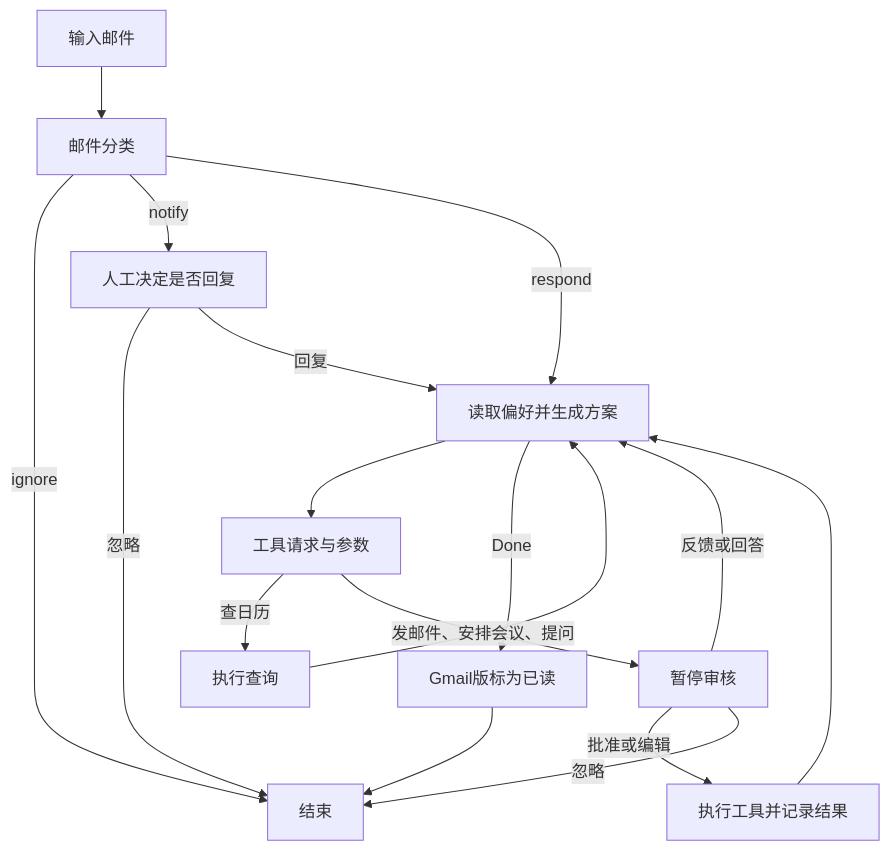
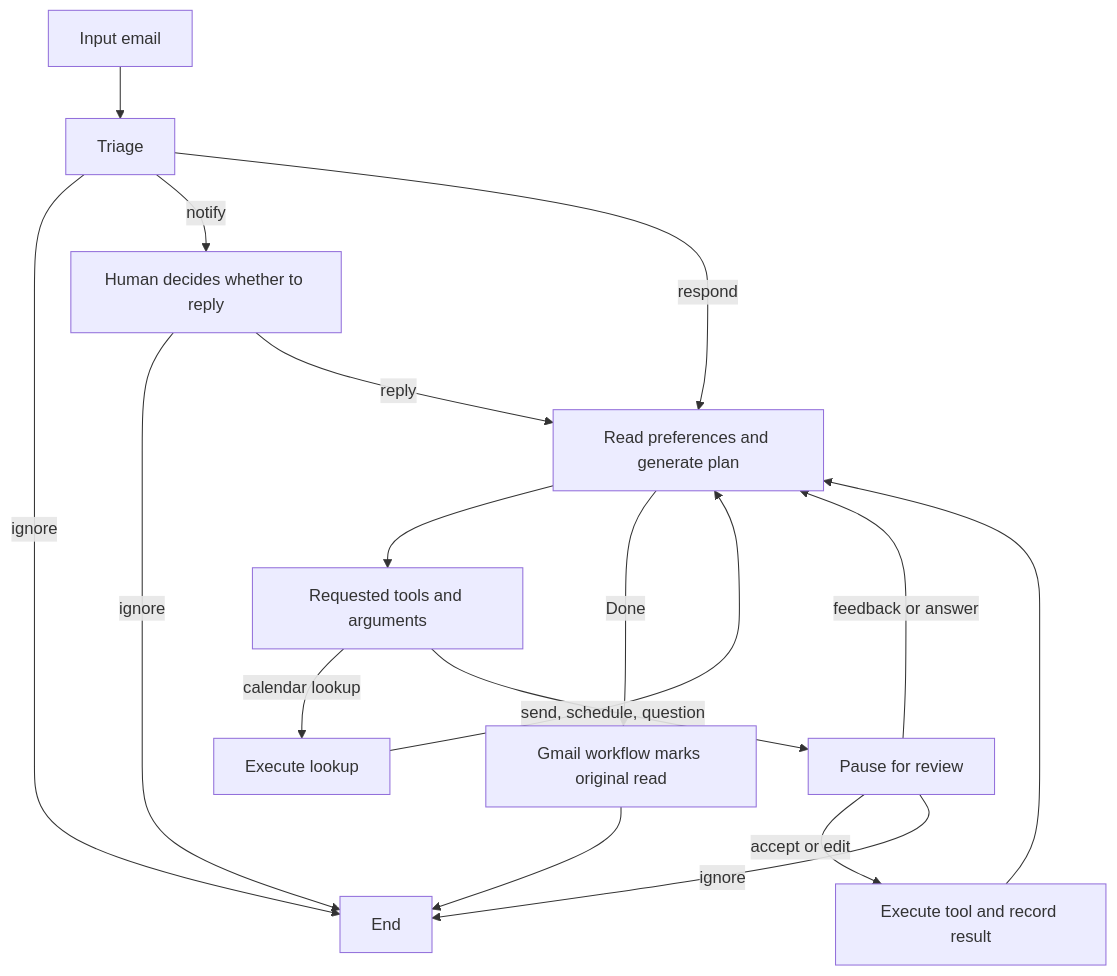
Before and after one commit to Daredevil3210/mailflow-agent: the diagram in README.md, drawn with Mermaid. The commit also changed other lines of this file and 1 other file, not shown here.

````diff
--- a/README.md
+++ b/README.md
@@ -24,19 +25,19 @@
 ```mermaid
 flowchart TD
-    A[输入邮件] --> B[邮件分类]
-    B -->|ignore| Z[结束]
-    B -->|notify| C[人工决定是否回复]
-    C -->|忽略| Z
-    C -->|回复| D[读取偏好并生成方案]
+    A[Input email] --> B[Triage]
+    B -->|ignore| Z[End]
+    B -->|notify| C[Human decides whether to reply]
+    C -->|ignore| Z
+    C -->|reply| D[Read preferences and generate plan]
     B -->|respond| D
-    D --> E[工具请求与参数]
-    E -->|查日历| F[执行查询]
+    D --> E[Requested tools and arguments]
+    E -->|calendar lookup| F[Execute lookup]
     F --> D
-    E -->|发邮件、安排会议、提问| G[暂停审核]
-    G -->|反馈或回答| D
-    G -->|批准或编辑| H[执行工具并记录结果]
+    E -->|send, schedule, question| G[Pause for review]
+    G -->|feedback or answer| D
+    G -->|accept or edit| H[Execute tool and record result]
     H --> D
-    G -->|忽略| Z
-    D -->|Done| I[Gmail版标为已读]
+    G -->|ignore| Z
+    D -->|Done| I[Gmail workflow marks original read]
     I --> Z
 ```
````
